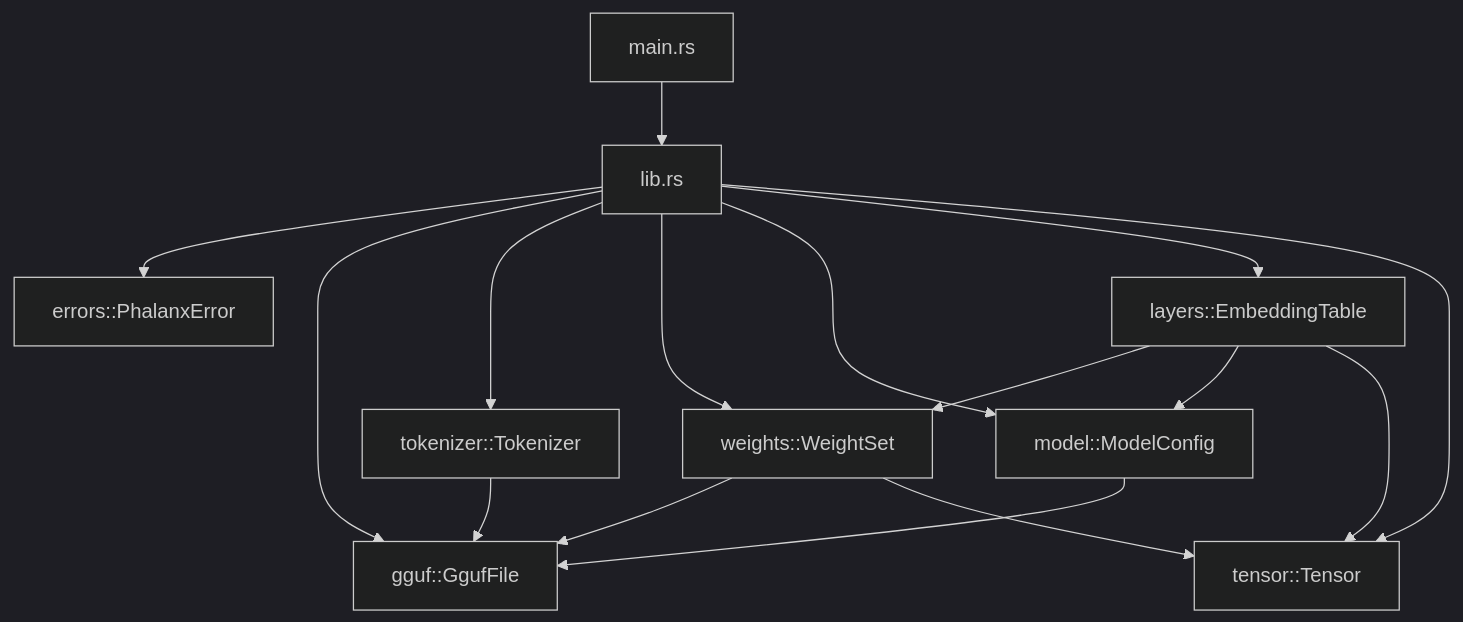
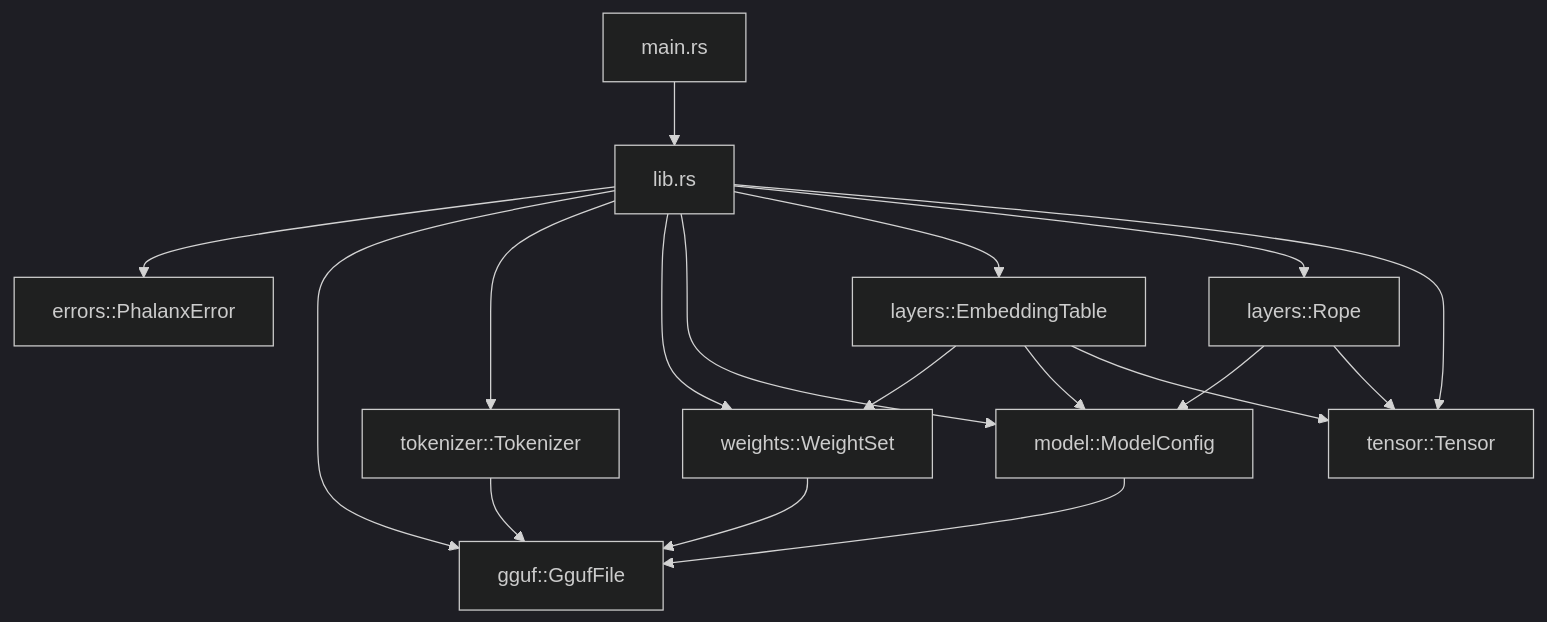
Before and after one commit to 404khai/phalanx: the first of 2 diagrams in docs/architecture.md, drawn with Mermaid (dark theme). The commit also changed other lines of this file and 12 other files, not shown here.

````diff
--- a/docs/architecture.md
+++ b/docs/architecture.md
@@ -15,28 +15,31 @@
 ```mermaid
 flowchart TB
     main["main.rs"]
     lib["lib.rs"]
     errors["errors::PhalanxError"]
     gguf["gguf::GgufFile"]
     tok["tokenizer::Tokenizer"]
     weights["weights::WeightSet"]
     model["model::ModelConfig"]
-    layers["layers::EmbeddingTable"]
+    emb["layers::EmbeddingTable"]
+    rope["layers::Rope"]
     tensor["tensor::Tensor"]
 
     main --> lib
     lib --> errors
     lib --> gguf
     lib --> tok
     lib --> weights
     lib --> model
-    lib --> layers
+    lib --> emb
+    lib --> rope
     lib --> tensor
     tok --> gguf
     weights --> gguf
     model --> gguf
-    layers --> weights
-    layers --> model
-    layers --> tensor
-    weights --> tensor
+    emb --> weights
+    emb --> model
+    rope --> model
+    emb --> tensor
+    rope --> tensor
 ```
````
